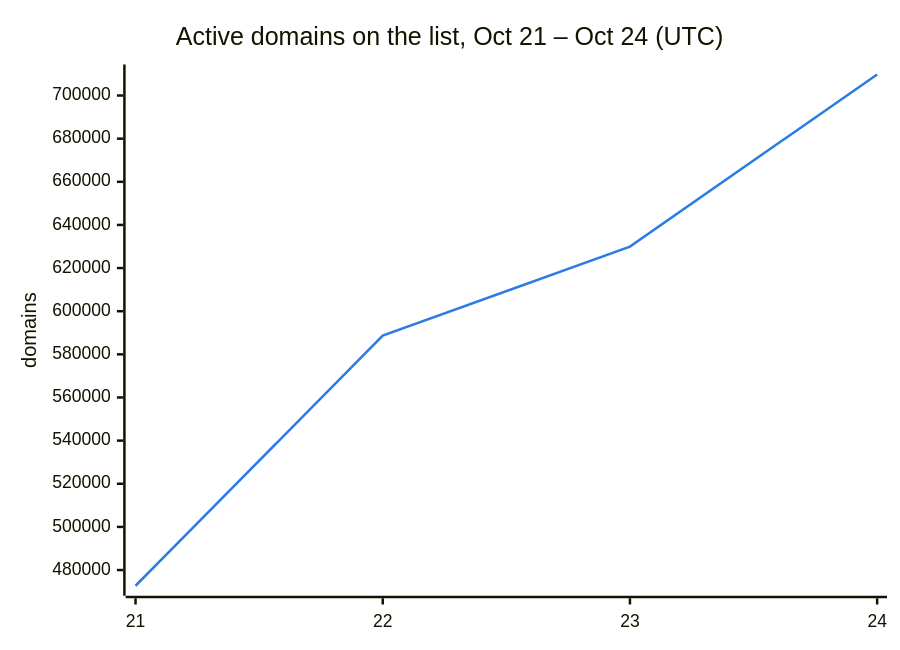
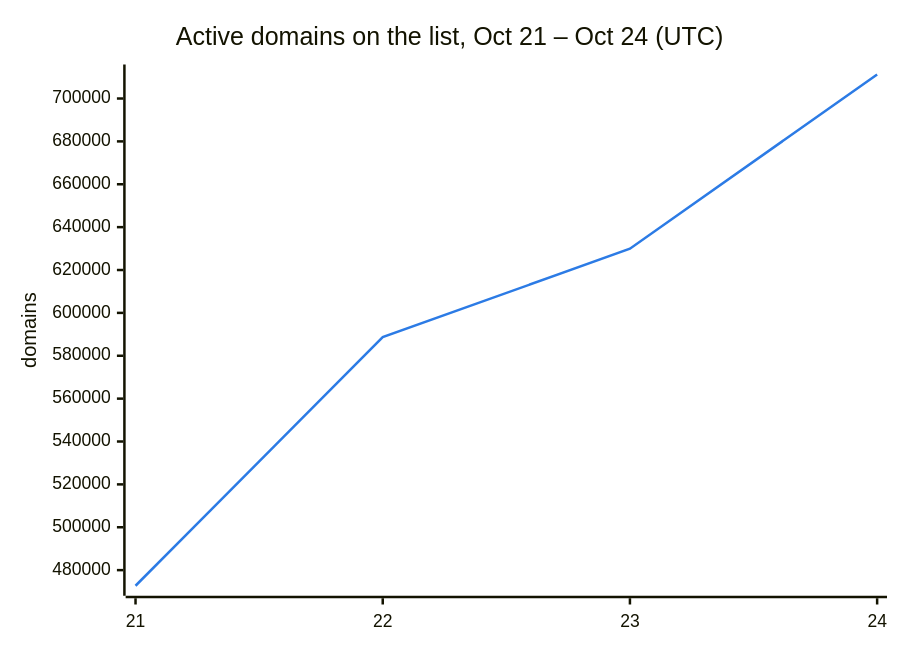
Before and after one commit to DNSBunker/CTI: the second of 3 diagrams in README.md, drawn with Mermaid. The commit also changed other lines of this file and 3 other files, not shown here.

````diff
--- a/README.md
+++ b/README.md
@@ -38,8 +38,8 @@
 ```mermaid
 %%{init: {"themeVariables": {"xyChart": {"plotColorPalette": "#2c7be5"}}}}%%
 xychart-beta
     title "Active domains on the list, Oct 21 – Oct 24 (UTC)"
     x-axis ["21", "22", "23", "24"]
     y-axis "domains"
-    line [472713, 588659, 629951, 709746]
+    line [472713, 588659, 629951, 711204]
 ```
````
